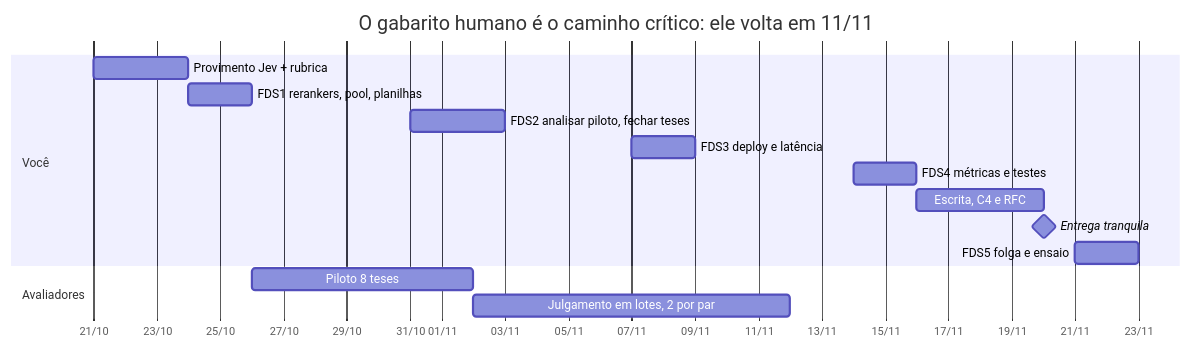
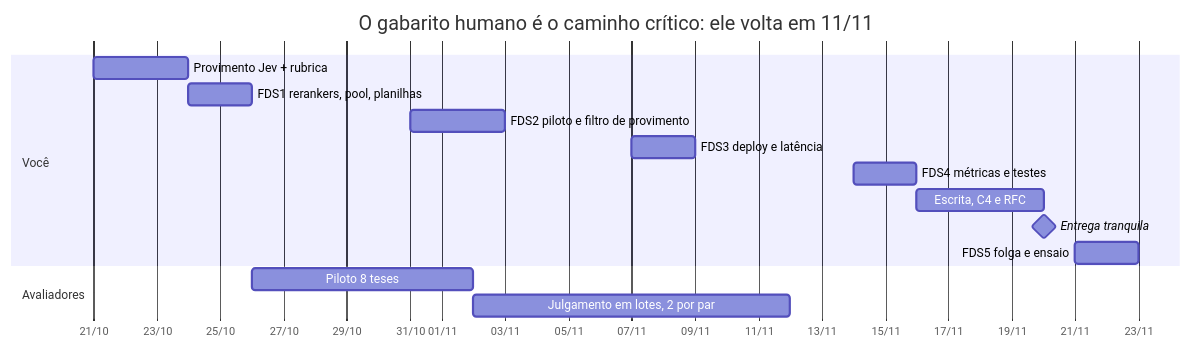
The second of 2 diagrams in docs/superpowers/specs/2026-10-21-inventario-e-plano-design.md (ViniciusZnt/JuriSight), drawn with Mermaid before and after one commit. The commit also changed other lines of this file and 1 other file, not shown here.

First line of the commit message:
Atualiza o inventário e plano com a limpeza e o filtro de provimento

````diff
--- a/docs/superpowers/specs/2026-10-21-inventario-e-plano-design.md
+++ b/docs/superpowers/specs/2026-10-21-inventario-e-plano-design.md
@@ -295,18 +325,18 @@
 ```mermaid
 gantt
     title O gabarito humano é o caminho crítico: ele volta em 11/11
     dateFormat YYYY-MM-DD
     axisFormat %d/%m
     section Você
     Provimento Jev + rubrica            :a1, 2026-10-21, 3d
     FDS1 rerankers, pool, planilhas     :a2, 2026-10-24, 2d
-    FDS2 analisar piloto, fechar teses  :a3, 2026-10-31, 3d
+    FDS2 piloto e filtro de provimento  :a3, 2026-10-31, 3d
     FDS3 deploy e latência              :a4, 2026-11-07, 2d
     FDS4 métricas e testes              :a5, 2026-11-14, 2d
     Escrita, C4 e RFC                   :a6, 2026-11-16, 4d
     Entrega tranquila                   :milestone, m1, 2026-11-20, 0d
     FDS5 folga e ensaio                 :a7, 2026-11-21, 2d
     section Avaliadores
     Piloto 8 teses                      :b1, 2026-10-26, 7d
     Julgamento em lotes, 2 por par      :b2, 2026-11-02, 10d
 ```
````
